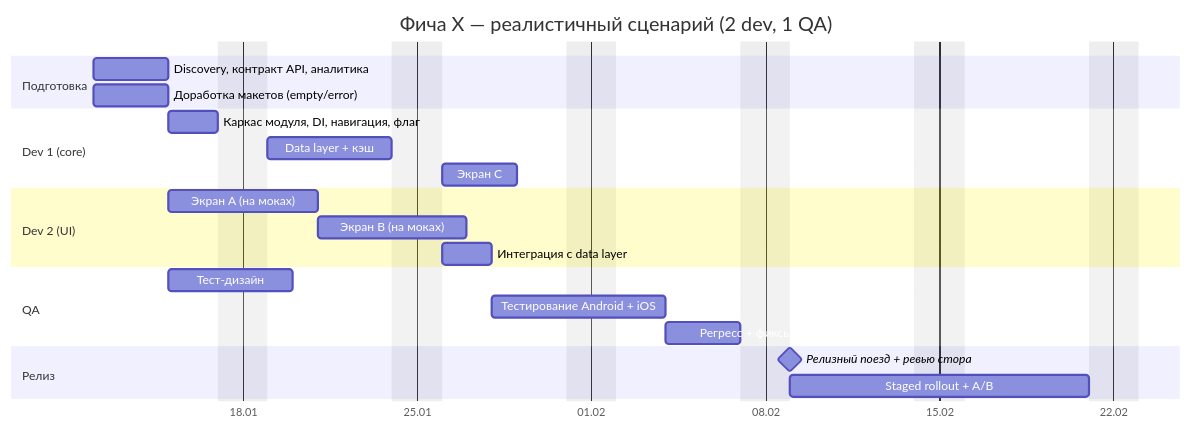
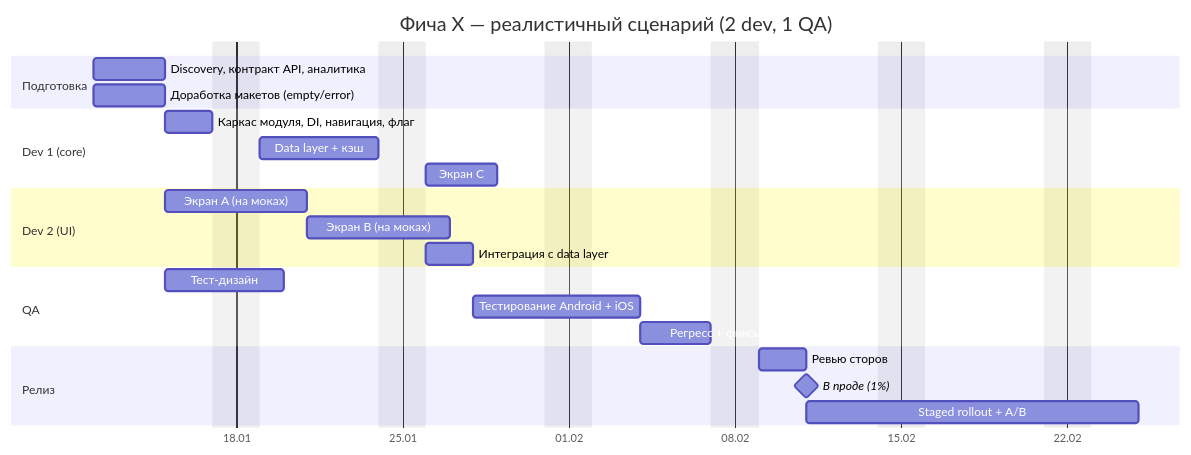
The diagram in kmp-system-design/references/estimation.md (mikhail-muzhev/kmp-system-design-skill), drawn with Mermaid before and after one commit. The commit also changed 4 other files, not shown here.

First line of the commit message:
Replace mermaid widget recipe with readable HTML Gantt template

````diff
--- a/kmp-system-design/references/estimation.md
+++ b/kmp-system-design/references/estimation.md
@@ -60,30 +60,31 @@
 ```mermaid
 gantt
   title Фича X — реалистичный сценарий (2 dev, 1 QA)
   dateFormat YYYY-MM-DD
   axisFormat %d.%m
   excludes weekends
 
   section Подготовка
   Discovery, контракт API, аналитика :a1, 2026-01-12, 3d
   Доработка макетов (empty/error)    :a2, 2026-01-12, 3d
 
   section Dev 1 (core)
   Каркас модуля, DI, навигация, флаг :b1, after a1, 2d
   Data layer + кэш                    :b2, after b1, 5d
   Экран C                             :b3, after b2, 3d
 
   section Dev 2 (UI)
   Экран A (на моках)                  :c1, after a1, 4d
   Экран B (на моках)                  :c2, after c1, 4d
   Интеграция с data layer             :c3, after b2, 2d
 
   section QA
   Тест-дизайн                         :d1, after a1, 3d
   Тестирование Android + iOS          :d2, after c3, 5d
   Регресс + фиксы                     :d3, after d2, 3d
 
   section Релиз
-  Релизный поезд + ревью стора        :milestone, e1, after d3, 0d
-  Staged rollout + A/B                :e2, after d3, 10d
+  Ревью сторов                        :e1, after d3, 2d
+  В проде (1%)                        :milestone, m1, after e1, 0d
+  Staged rollout + A/B                :e2, after e1, 10d
 ```
````
